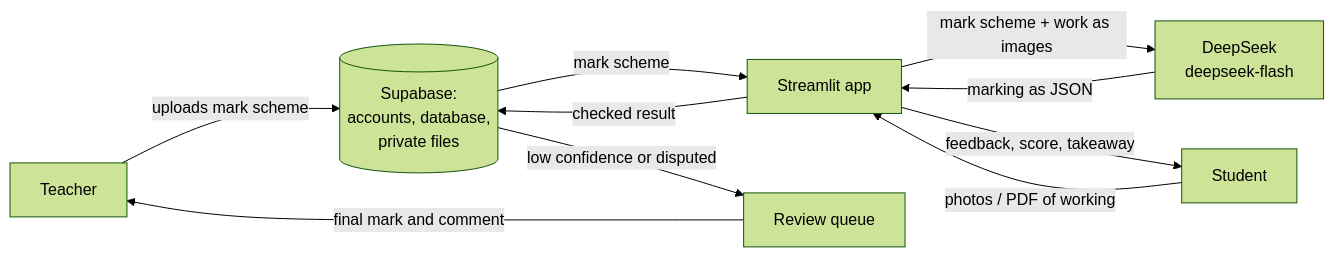
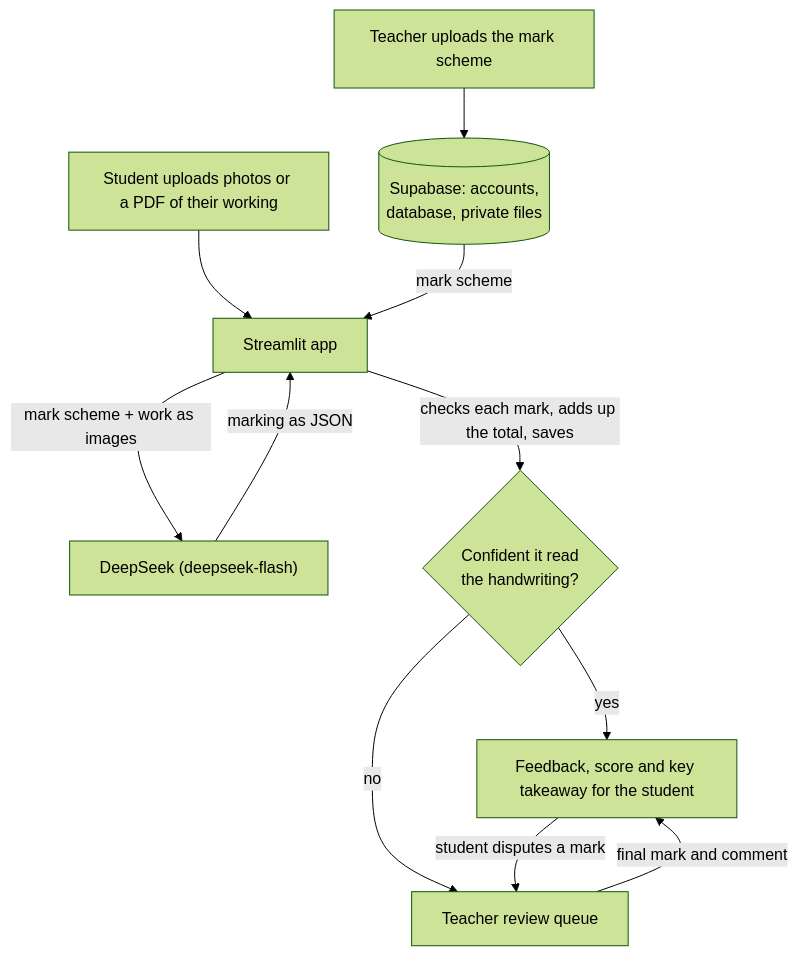
One commit to WHYNOT-LUO/mathexaminer-ai changed the diagram in README.md. Above: the diagram before and after it, drawn with Mermaid (forest theme).

Commit message:
README: redraw the flow diagram top to bottom so it is readable on GitHub

````diff
--- a/README.md
+++ b/README.md
@@ -124,12 +124,13 @@
 ```mermaid
-flowchart LR
-    T[Teacher] -->|uploads mark scheme| SB[(Supabase:<br/>accounts, database,<br/>private files)]
-    S[Student] -->|photos / PDF of working| APP[Streamlit app]
+flowchart TD
+    T["Teacher uploads the mark scheme"] --> SB[("Supabase: accounts,<br/>database, private files")]
+    S["Student uploads photos or a PDF of their working"] --> APP["Streamlit app"]
     SB -->|mark scheme| APP
-    APP -->|mark scheme + work as images| AI[DeepSeek<br/>deepseek-flash]
+    APP -->|mark scheme + work as images| AI["DeepSeek (deepseek-flash)"]
     AI -->|marking as JSON| APP
-    APP -->|checked result| SB
-    APP -->|feedback, score, takeaway| S
-    SB -->|low confidence or disputed| Q[Review queue]
-    Q -->|final mark and comment| T
+    APP -->|checks each mark, adds up the total, saves| C{"Confident it read<br/>the handwriting?"}
+    C -->|yes| F["Feedback, score and key takeaway for the student"]
+    C -->|no| Q["Teacher review queue"]
+    F -->|student disputes a mark| Q
+    Q -->|final mark and comment| F
 ```
````
